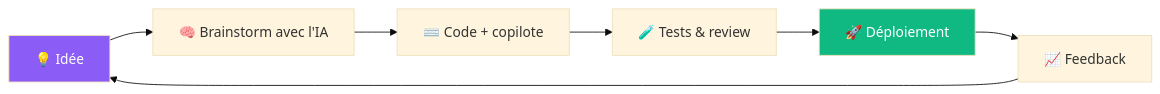
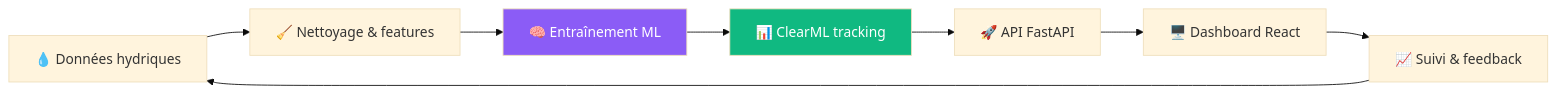
Before and after one commit to BilalBouchroub/BilalBouchroub: the diagram in README.md, drawn with Mermaid (base theme). The commit also changed other lines of this file, not shown here.

````diff
--- a/README.md
+++ b/README.md
@@ -89,11 +119,12 @@
 ```mermaid
 flowchart LR
-    A[💡 Idée] --> B[🧠 Brainstorm avec l'IA]
-    B --> C[⌨️ Code + copilote]
-    C --> D[🧪 Tests & review]
-    D --> E[🚀 Déploiement]
-    E --> F[📈 Feedback]
-    F --> A
-    style A fill:#8b5cf6,color:#fff
-    style E fill:#10b981,color:#fff
+    A[💧 Données hydriques] --> B[🧹 Nettoyage & features]
+    B --> C[🧠 Entraînement ML]
+    C --> D[📊 ClearML tracking]
+    D --> E[🚀 API FastAPI]
+    E --> F[🖥️ Dashboard React]
+    F --> G[📈 Suivi & feedback]
+    G --> A
+    style C fill:#8b5cf6,color:#fff
+    style D fill:#10b981,color:#fff
 ```
````
